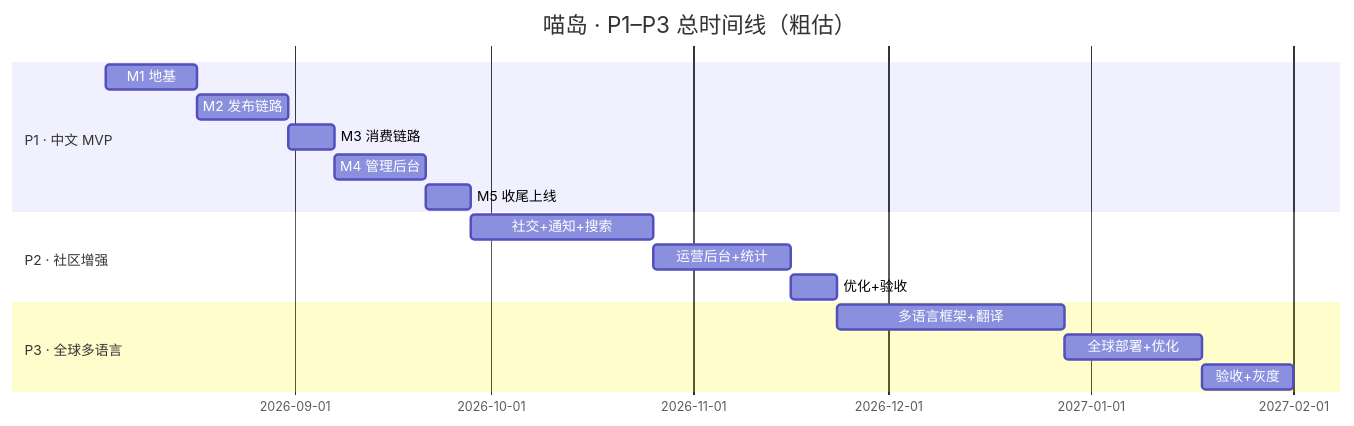
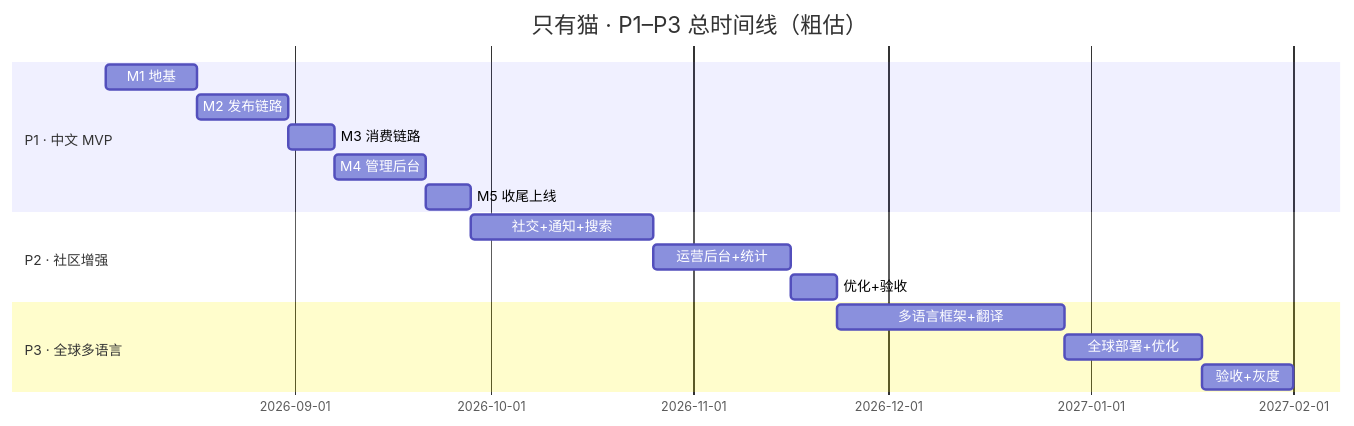
One commit to rappizo/catsjust changed the diagram in docs/02-分阶段规划-P1-P3.md. Above: the diagram before and after it, drawn with Mermaid. The commit also changed other lines of this file and 24 other files, not shown here.

````diff
--- a/docs/02-分阶段规划-P1-P3.md
+++ b/docs/02-分阶段规划-P1-P3.md
@@ -254,19 +254,19 @@
 ```mermaid
 gantt
-    title 喵岛 · P1–P3 总时间线（粗估）
+    title 只有猫 · P1–P3 总时间线（粗估）
     dateFormat  YYYY-MM-DD
     section P1 · 中文 MVP
     M1 地基            :a1, 2026-08-03, 2w
     M2 发布链路        :a2, after a1, 2w
     M3 消费链路        :a3, after a2, 1w
     M4 管理后台        :a4, after a3, 2w
     M5 收尾上线        :a5, after a4, 1w
     section P2 · 社区增强
     社交+通知+搜索     :b1, after a5, 4w
     运营后台+统计      :b2, after b1, 3w
     优化+验收          :b3, after b2, 1w
     section P3 · 全球多语言
     多语言框架+翻译    :c1, after b3, 5w
     全球部署+优化      :c2, after c1, 3w
     验收+灰度          :c3, after c2, 2w
 ```
````
